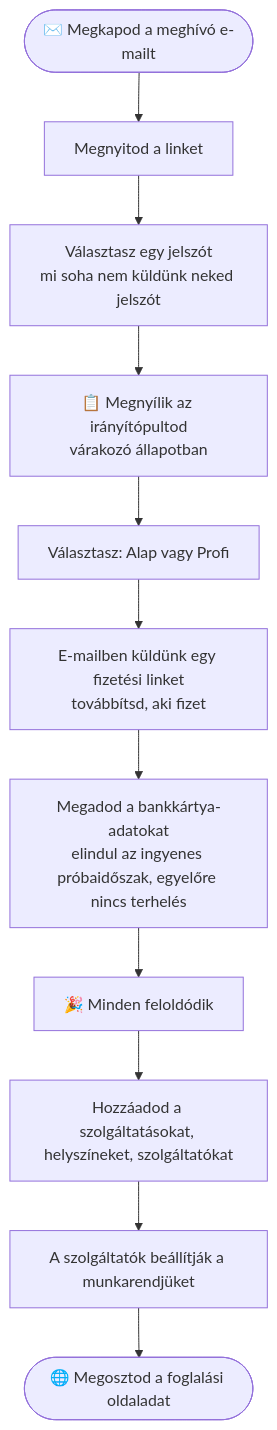
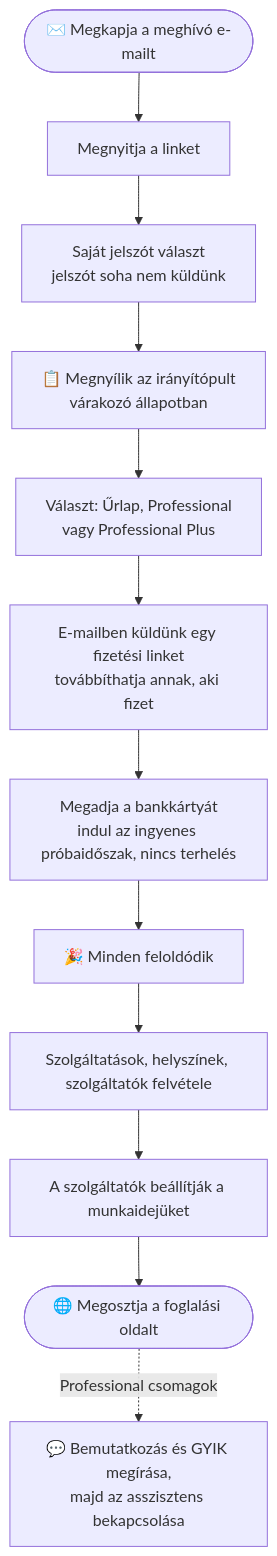
One commit to hbela/booking-and-more changed the second of 5 diagrams in docs/user-guide.hu.md. Above: the diagram before and after it, drawn with Mermaid. The commit also changed other lines of this file and 27 other files, not shown here.

````diff
--- a/docs/user-guide.hu.md
+++ b/docs/user-guide.hu.md
@@ -49,13 +55,14 @@
 ```mermaid
 flowchart TD
-    Invite([✉️ Megkapod a meghívó e-mailt]) --> Open[Megnyitod a linket]
-    Open --> Register[Választasz egy jelszót<br/>mi soha nem küldünk neked jelszót]
-    Register --> Pending[📋 Megnyílik az irányítópultod<br/>várakozó állapotban]
-    Pending --> Plan[Választasz: Alap vagy Profi]
-    Plan --> Link[E-mailben küldünk egy fizetési linket<br/>továbbítsd, aki fizet]
-    Link --> Card[Megadod a bankkártya-adatokat<br/>elindul az ingyenes próbaidőszak, egyelőre nincs terhelés]
+    Invite([✉️ Megkapja a meghívó e-mailt]) --> Open[Megnyitja a linket]
+    Open --> Register[Saját jelszót választ<br/>jelszót soha nem küldünk]
+    Register --> Pending[📋 Megnyílik az irányítópult<br/>várakozó állapotban]
+    Pending --> Plan[Választ: Űrlap, Professional<br/>vagy Professional Plus]
+    Plan --> Link[E-mailben küldünk egy fizetési linket<br/>továbbíthatja annak, aki fizet]
+    Link --> Card[Megadja a bankkártyát<br/>indul az ingyenes próbaidőszak, nincs terhelés]
     Card --> Active[🎉 Minden feloldódik]
-    Active --> Build[Hozzáadod a szolgáltatásokat, helyszíneket, szolgáltatókat]
-    Build --> Hours[A szolgáltatók beállítják a munkarendjüket]
-    Hours --> Live([🌐 Megosztod a foglalási oldaladat])
+    Active --> Build[Szolgáltatások, helyszínek, szolgáltatók felvétele]
+    Build --> Hours[A szolgáltatók beállítják a munkaidejüket]
+    Hours --> Live([🌐 Megosztja a foglalási oldalt])
+    Live -.Professional csomagok.-> AI[💬 Bemutatkozás és GYIK megírása,<br/>majd az asszisztens bekapcsolása]
 ```
````
